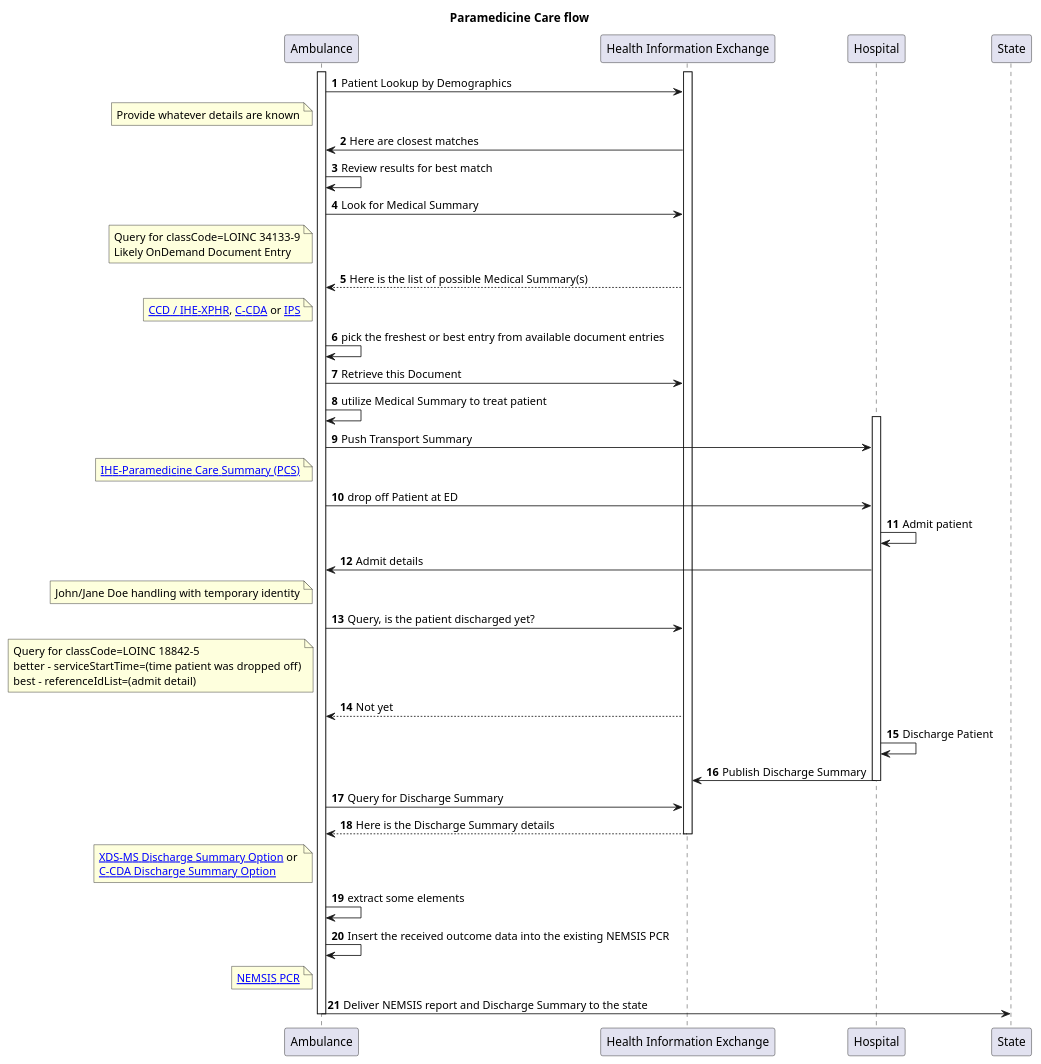
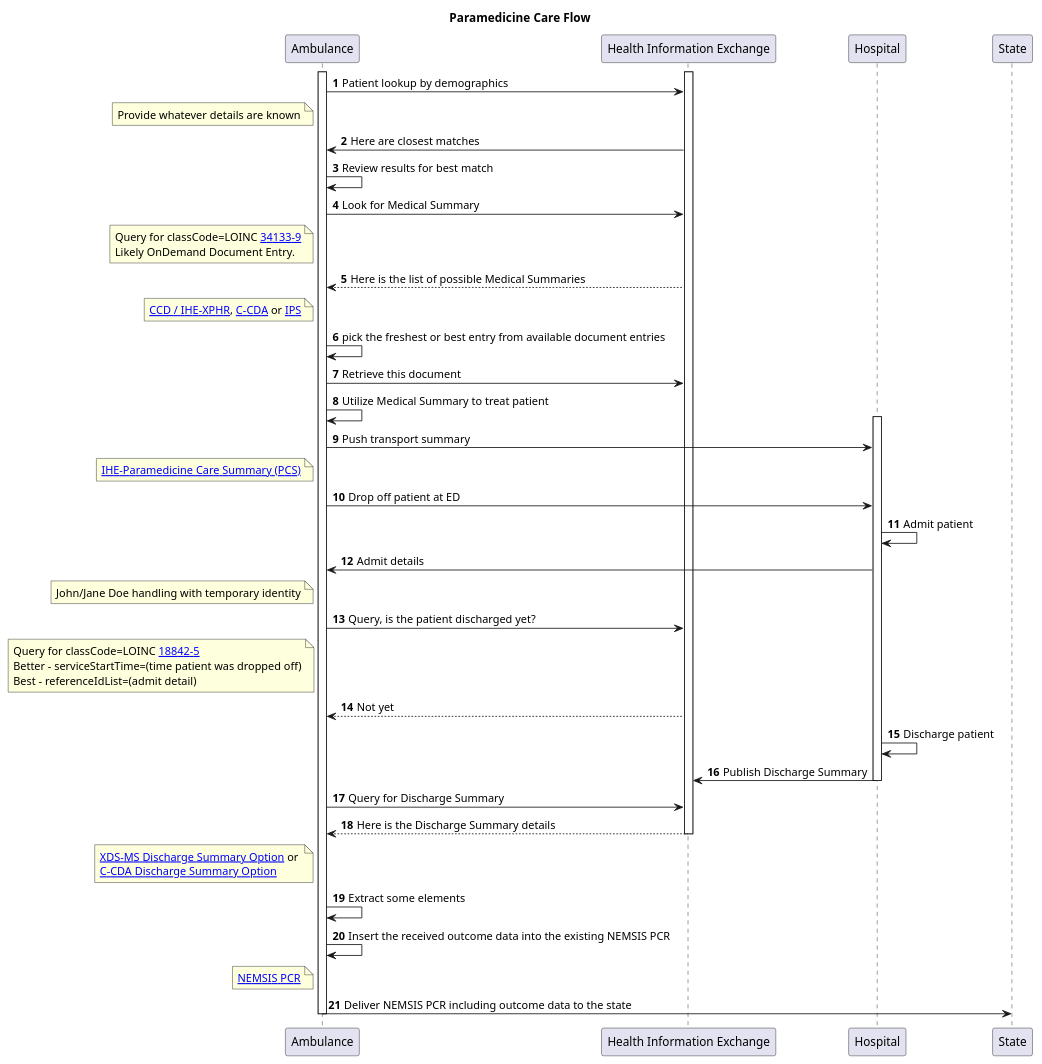
The diagram in input/images-source/usecase1-processflow.plantuml (IHE/EMS-Overall), drawn with PlantUML before and after one commit. The commit also changed 4 other files, not shown here.

```diff
--- a/input/images-source/usecase1-processflow.plantuml
+++ b/input/images-source/usecase1-processflow.plantuml
@@ -1,54 +1,54 @@
 @startuml
 skinparam svgDimensionStyle false
-title Paramedicine Care flow
+title Paramedicine Care Flow
 participant "Ambulance" as Ambulance
 participant "Health Information Exchange" as HIE [[https://profiles.ihe.net/ITI/HIE-Whitepaper/index.html HIE-Whitepaper]]
 autonumber
 activate Ambulance
 activate HIE
-Ambulance -> HIE: Patient Lookup by Demographics
+Ambulance -> HIE: Patient lookup by demographics
 Note left of Ambulance: Provide whatever details are known
 Ambulance <- HIE: Here are closest matches
 Ambulance -> Ambulance: Review results for best match
 
 Ambulance -> HIE: Look for Medical Summary
-Note left of Ambulance: Query for classCode=LOINC 34133-9\nLikely OnDemand Document Entry
-Ambulance <-- HIE: Here is the list of possible Medical Summary(s)
+Note left of Ambulance: Query for classCode=LOINC [[https://loinc.org/34133-9/ 34133-9]]\nLikely OnDemand Document Entry.
+Ambulance <-- HIE: Here is the list of possible Medical Summaries
 Note left of Ambulance: [[https://www.ihe.net/uploadedFiles/Documents/PCC/IHE_PCC_TF_Vol1.pdf#nameddest=4_Exchange_of_Personal_Health_R CCD / IHE-XPHR]], [[https://www.hl7.org/ccdasearch/ C-CDA]] or [[https://hl7.org/fhir/uv/ips/ IPS]]
 Ambulance -> Ambulance: pick the freshest or best entry from available document entries
 
-Ambulance -> HIE: Retrieve this Document
-Ambulance -> Ambulance: utilize Medical Summary to treat patient
+Ambulance -> HIE: Retrieve this document
+Ambulance -> Ambulance: Utilize Medical Summary to treat patient
 
 activate Hospital
-Ambulance -> Hospital: Push Transport Summary 
+Ambulance -> Hospital: Push transport summary 
 Note left of Ambulance: [[https://www.ihe.net//uploadedFiles/Documents/PCC/IHE_PCC_Suppl_PCS.pdf IHE-Paramedicine Care Summary (PCS)]]
 
-Ambulance -> Hospital: drop off Patient at ED
+Ambulance -> Hospital: Drop off patient at ED
 
 Hospital-> Hospital: Admit patient
 
 Hospital -> Ambulance: Admit details
 Note left of Ambulance: John/Jane Doe handling with temporary identity
 
 Ambulance -> HIE: Query, is the patient discharged yet? 
-Note left of Ambulance: Query for classCode=LOINC 18842-5\nbetter - serviceStartTime=(time patient was dropped off)\nbest - referenceIdList=(admit detail)
+Note left of Ambulance: Query for classCode=LOINC [[https://loinc.org/18842-5/ 18842-5]]\nBetter - serviceStartTime=(time patient was dropped off)\nBest - referenceIdList=(admit detail)
 Ambulance <-- HIE: Not yet
 
-Hospital -> Hospital: Discharge Patient
+Hospital -> Hospital: Discharge patient
 Hospital -> HIE: Publish Discharge Summary
 deactivate Hospital
 
 Ambulance -> HIE: Query for Discharge Summary
 Ambulance <-- HIE: Here is the Discharge Summary details
 Note left of Ambulance: [[https://www.ihe.net/uploadedFiles/Documents/PCC/IHE_PCC_TF_Vol1.pdf#nameddest=3_4_2_2_Discharge_Summary_Optio XDS-MS Discharge Summary Option]] or \n[[https://www.hl7.org/ccdasearch/templates/2.16.840.1.113883.10.20.22.1.8.html C-CDA Discharge Summary Option]]
 deactivate HIE
 
-Ambulance -> Ambulance: extract some elements
+Ambulance -> Ambulance: Extract some elements
 Ambulance -> Ambulance: Insert the received outcome data into the existing NEMSIS PCR
 Note left of Ambulance: [[https://nemsis.org/technical-resources NEMSIS PCR]]
-Ambulance -> State: Deliver NEMSIS report and Discharge Summary to the state
+Ambulance -> State: Deliver NEMSIS PCR including outcome data to the state
 
 deactivate Ambulance
 
 @enduml
```
